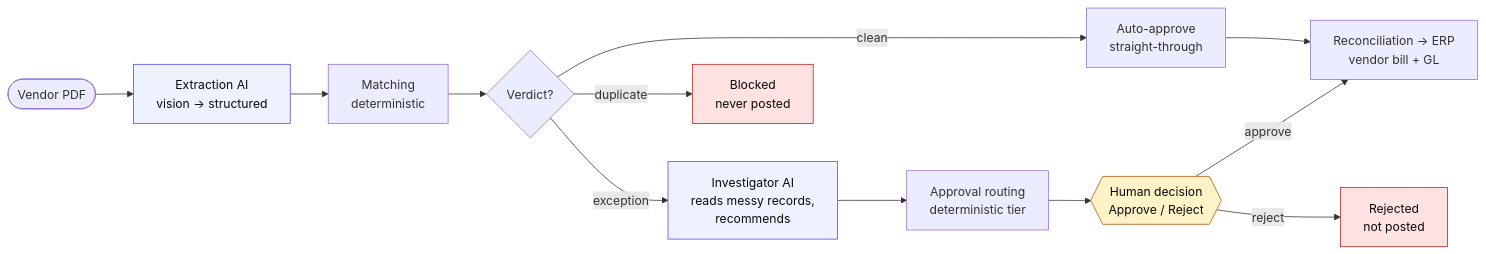
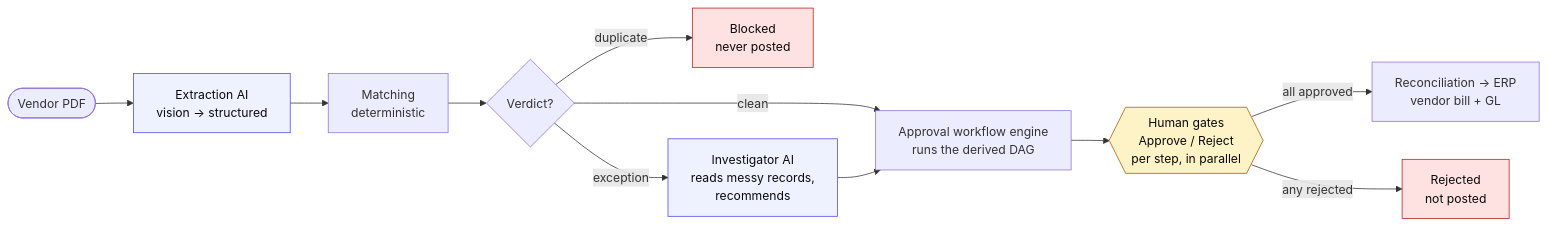
Before and after one commit to DylanMerigaud/ledgerloop: the diagram in README.md, drawn with Mermaid. The commit also changed other lines of this file, not shown here.

First line of the commit message:
Rewrite README for the product it became (onboarding + conditional workflow)

````diff
--- a/README.md
+++ b/README.md
@@ -17,23 +36,22 @@
 ```mermaid
 flowchart LR
     PDF([Vendor PDF]) --> X[Extraction AI<br/>vision → structured]
     X --> M[Matching<br/>deterministic]
     M --> V{Verdict?}
 
-    V -- "clean" --> AUTO[Auto-approve<br/>straight-through]
+    V -- "clean" --> ENG
     V -- "duplicate" --> BLK[Blocked<br/>never posted]
     V -- "exception" --> INV[Investigator AI<br/>reads messy records,<br/>recommends]
 
-    INV --> R[Approval routing<br/>deterministic tier]
-    R --> H{{Human decision<br/>Approve / Reject}}
-    H -- "approve" --> POST
-    H -- "reject" --> REJ[Rejected<br/>not posted]
-    AUTO --> POST[Reconciliation → ERP<br/>vendor bill + GL]
+    INV --> ENG[Approval workflow engine<br/>runs the derived DAG]
+    ENG --> H{{Human gates<br/>Approve / Reject<br/>per step, in parallel}}
+    H -- "all approved" --> POST[Reconciliation → ERP<br/>vendor bill + GL]
+    H -- "any rejected" --> REJ[Rejected<br/>not posted]
 
     classDef ai fill:#EEF2FF,stroke:#4F46E5,color:#0A0A0A;
     classDef gate fill:#FEF3C7,stroke:#B45309,color:#0A0A0A;
     classDef stop fill:#FEE2E2,stroke:#B91C1C,color:#0A0A0A;
     class X,INV ai;
     class H gate;
     class BLK,REJ stop;
 ```
````
